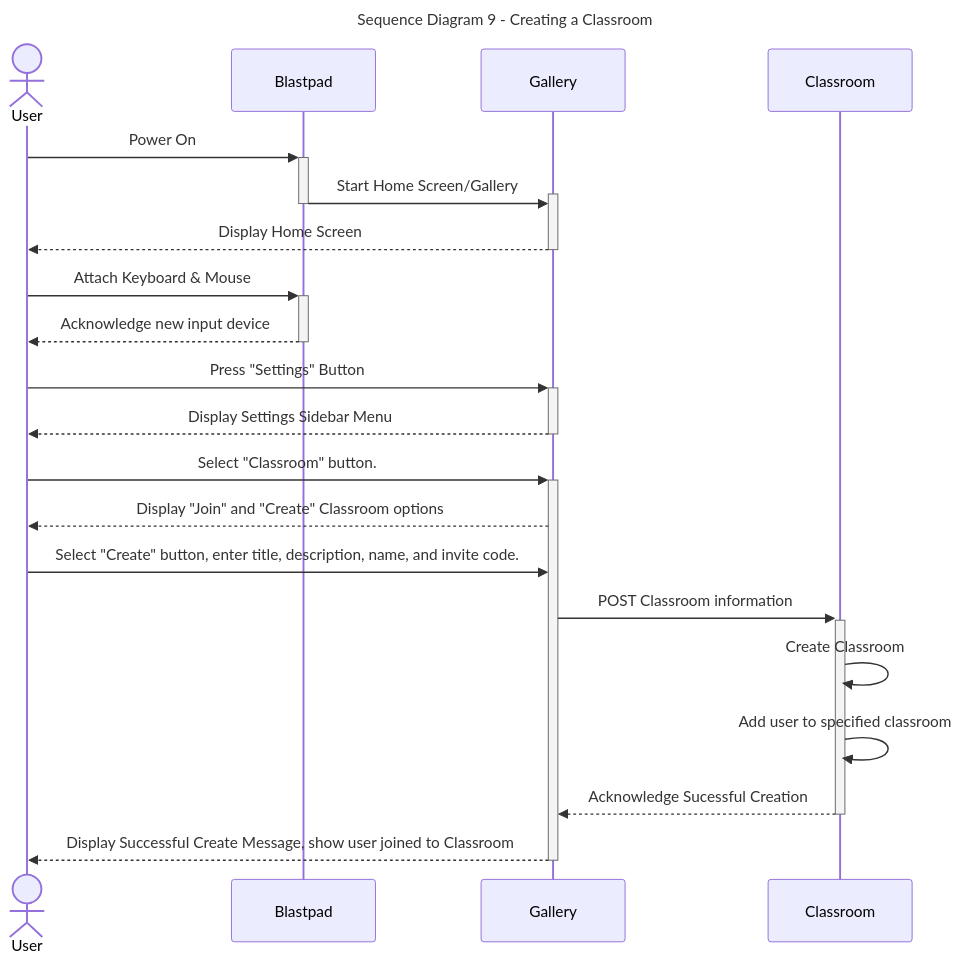
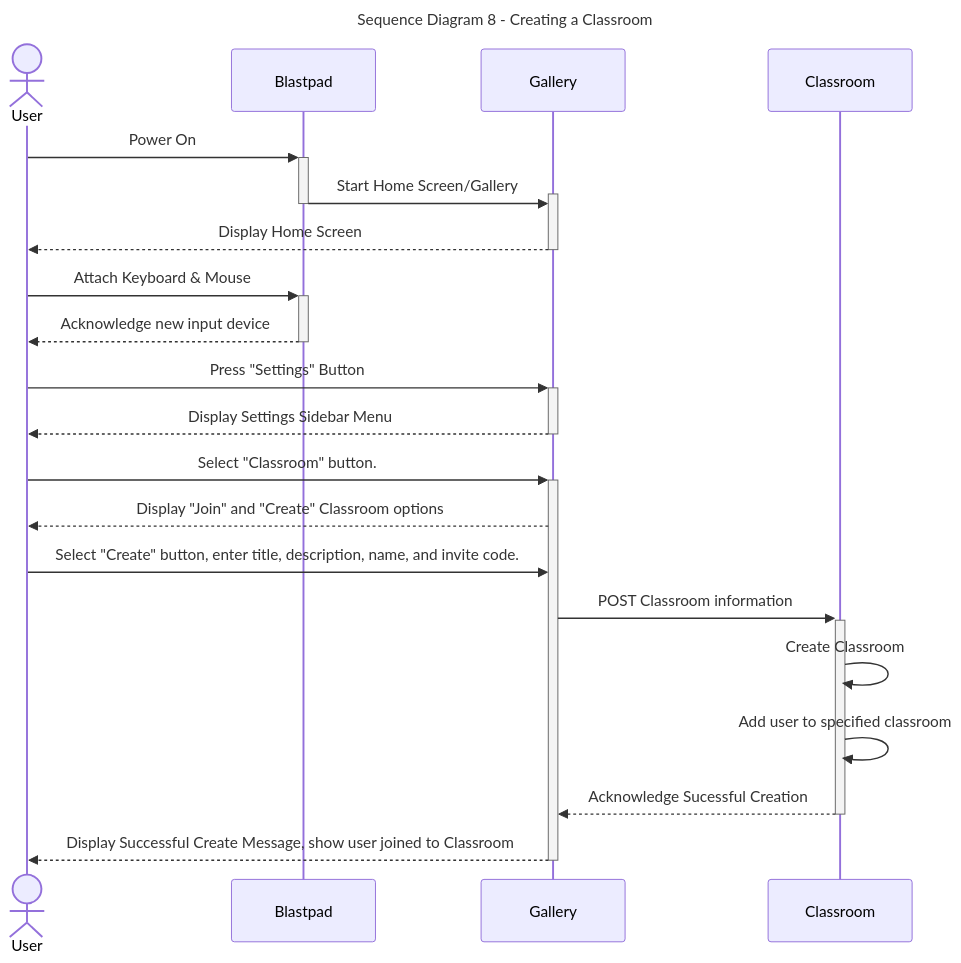
Before and after one commit to Capstone-Projects-2024-Spring/project-blastpad: the eighth of 9 diagrams in documentation/docs/system-architecture/sequence-diagrams.md, drawn with Mermaid. The commit also changed other lines of this file, not shown here.

Commit message:
Updated Use Case 11 and its sequence diagram. Renumbered the use cases.

````diff
--- a/documentation/docs/system-architecture/sequence-diagrams.md
+++ b/documentation/docs/system-architecture/sequence-diagrams.md
@@ -314,30 +314,30 @@
 ```mermaid
 ---
-title: "Sequence Diagram 9 - Creating a Classroom"
+title: "Sequence Diagram 8 - Creating a Classroom"
 ---
 
 sequenceDiagram
 actor User
 User->>+Blastpad: Power On
 Blastpad->>+Gallery: Start Home Screen/Gallery
 deactivate Blastpad	
 Gallery-->>-User: Display Home Screen
 
 User->>+Blastpad: Attach Keyboard & Mouse
 Blastpad-->>-User: Acknowledge new input device
 
 
 User->>+Gallery: Press "Settings" Button
 Gallery-->>-User: Display Settings Sidebar Menu
 User->>+Gallery: Select "Classroom" button.
 Gallery-->>User: Display "Join" and "Create" Classroom options
 User->>Gallery: Select "Create" button, enter title, description, name, and invite code.
 
 Gallery->>+Classroom: POST Classroom information
 Classroom->>Classroom: Create Classroom
 Classroom->>Classroom: Add user to specified classroom
 Classroom-->>-Gallery: Acknowledge Sucessful Creation
 Gallery-->>-User: Display Successful Create Message, show user joined to Classroom
 
 
 ```
````
